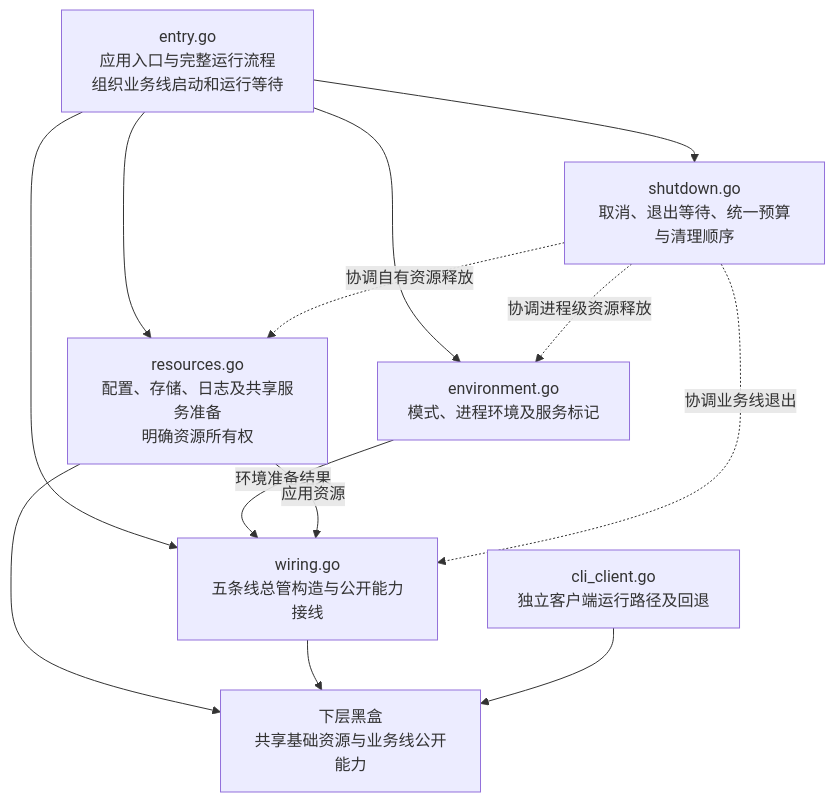
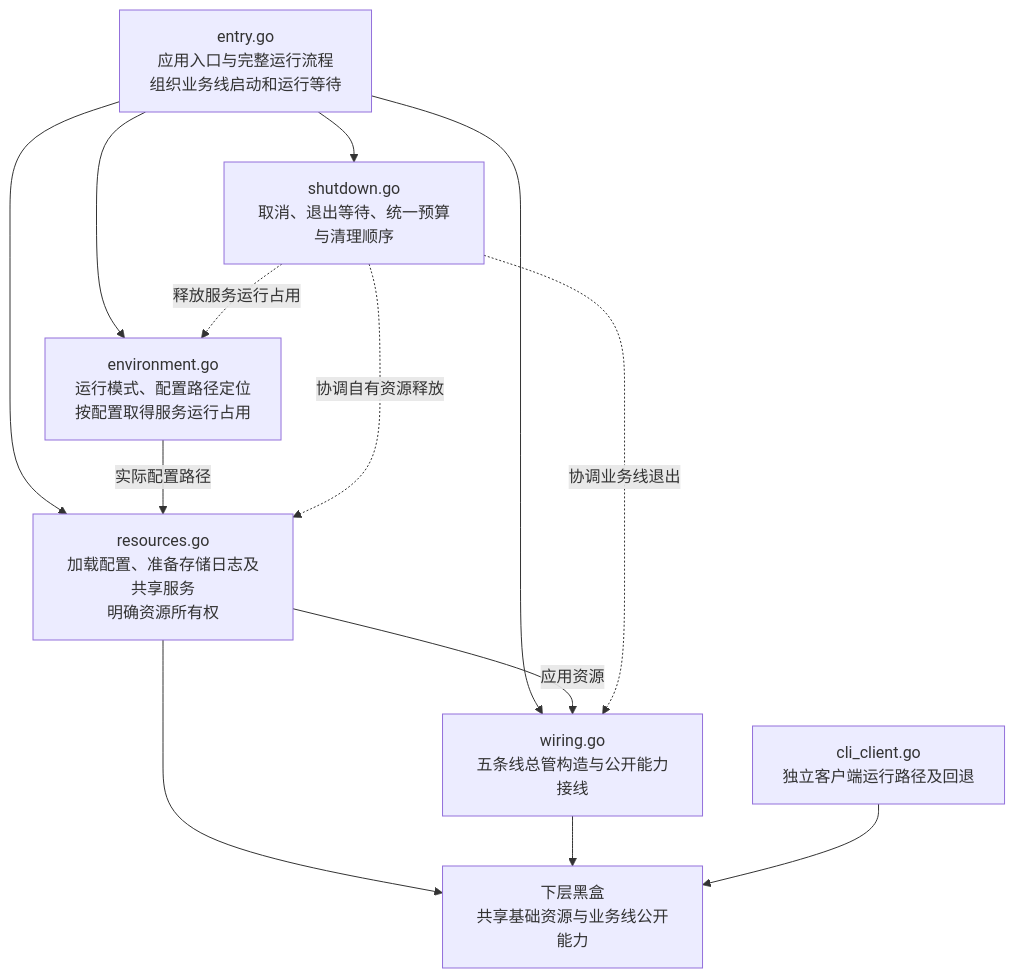
The diagram in devdocs/app-design.md (Elflare/elbot), drawn with Mermaid before and after one commit. The commit also changed other lines of this file and 5 other files, not shown here.

````diff
--- a/devdocs/app-design.md
+++ b/devdocs/app-design.md
@@ -31,19 +31,19 @@
 ```mermaid
 flowchart TB
     E["entry.go<br/>应用入口与完整运行流程<br/>组织业务线启动和运行等待"]
-    ENV["environment.go<br/>模式、进程环境及服务标记"]
-    R["resources.go<br/>配置、存储、日志及共享服务准备<br/>明确资源所有权"]
+    ENV["environment.go<br/>运行模式、配置路径定位<br/>按配置取得服务运行占用"]
+    R["resources.go<br/>加载配置、准备存储日志及共享服务<br/>明确资源所有权"]
     W["wiring.go<br/>五条线总管构造与公开能力接线"]
     S["shutdown.go<br/>取消、退出等待、统一预算与清理顺序"]
     C["cli_client.go<br/>独立客户端运行路径及回退"]
     X["下层黑盒<br/>共享基础资源与业务线公开能力"]
     E --> ENV & R & W & S
-    ENV -->|环境准备结果| W
+    ENV -->|实际配置路径| R
     R -->|应用资源| W
-    S -.->|协调进程级资源释放| ENV
+    S -.->|释放服务运行占用| ENV
     S -.->|协调自有资源释放| R
     S -.->|协调业务线退出| W
     R --> X
     W --> X
     C --> X
 ```
````
